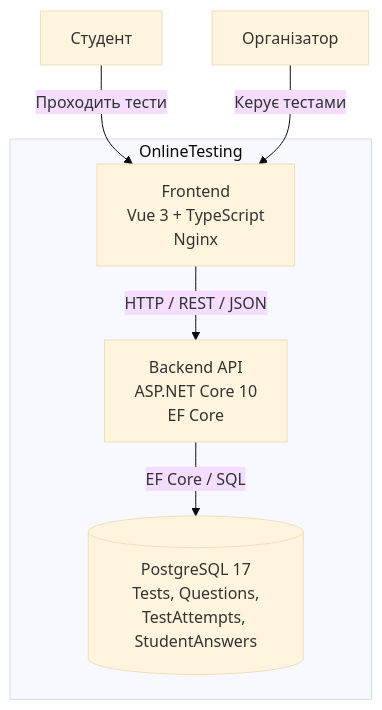
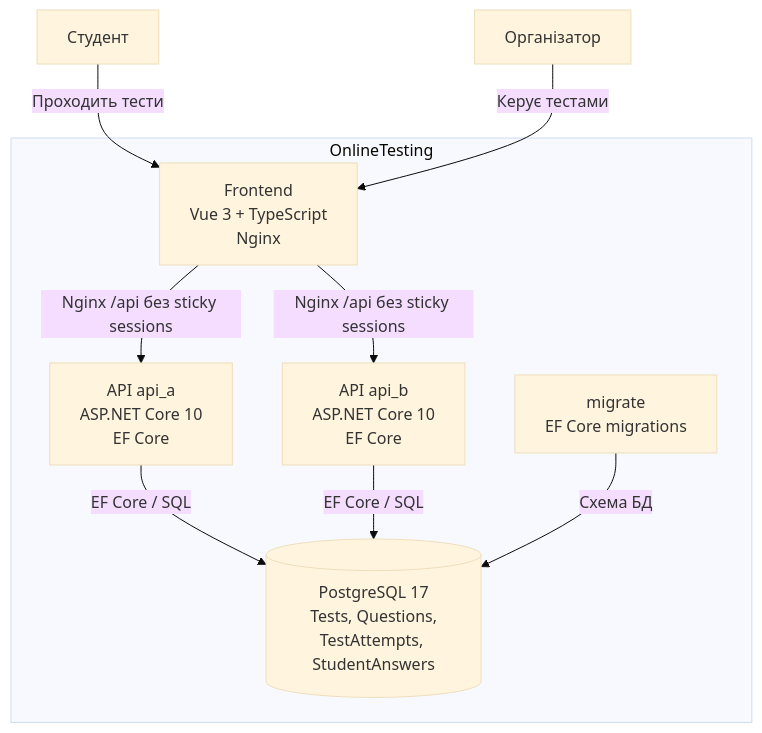
The first of 3 diagrams in docs/architecture.md (LYarmoliuk/OnlineTesting), drawn with Mermaid (base theme) before and after one commit. The commit also changed other lines of this file and 5 other files, not shown here.

Commit message:
feat: add stateless API resilience with shared PostgreSQL

````diff
--- a/docs/architecture.md
+++ b/docs/architecture.md
@@ -16,16 +17,21 @@
 ```mermaid
 flowchart TB
     Student["Студент"]
     Organizer["Організатор"]
 
     subgraph OnlineTesting["OnlineTesting"]
         Frontend["Frontend<br/>Vue 3 + TypeScript<br/>Nginx"]
-        API["Backend API<br/>ASP.NET Core 10<br/>EF Core"]
+        APIA["API api_a<br/>ASP.NET Core 10<br/>EF Core"]
+        APIB["API api_b<br/>ASP.NET Core 10<br/>EF Core"]
+        Migration["migrate<br/>EF Core migrations"]
         DB[("PostgreSQL 17<br/>Tests, Questions,<br/>TestAttempts, StudentAnswers")]
     end
 
     Student -->|"Проходить тести"| Frontend
     Organizer -->|"Керує тестами"| Frontend
-    Frontend -->|"HTTP / REST / JSON"| API
-    API -->|"EF Core / SQL"| DB
+    Frontend -->|"Nginx /api без sticky sessions"| APIA
+    Frontend -->|"Nginx /api без sticky sessions"| APIB
+    APIA -->|"EF Core / SQL"| DB
+    APIB -->|"EF Core / SQL"| DB
+    Migration -->|"Схема БД"| DB
 ```
````
